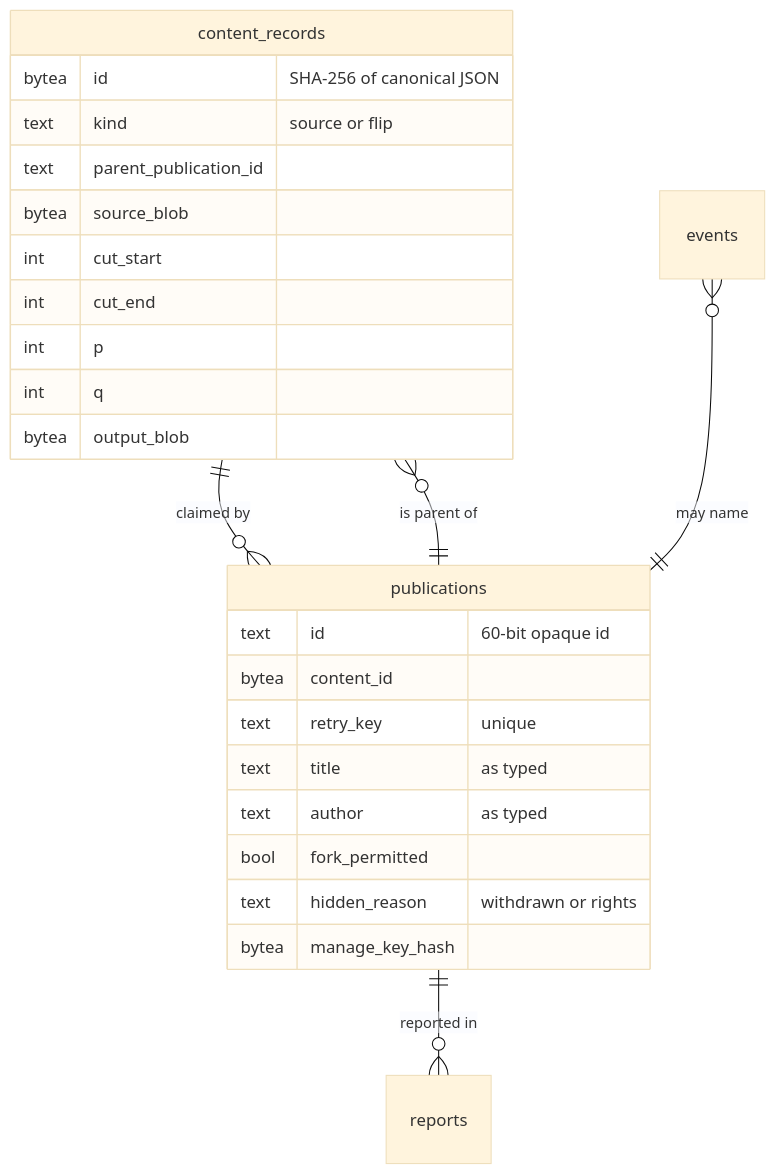
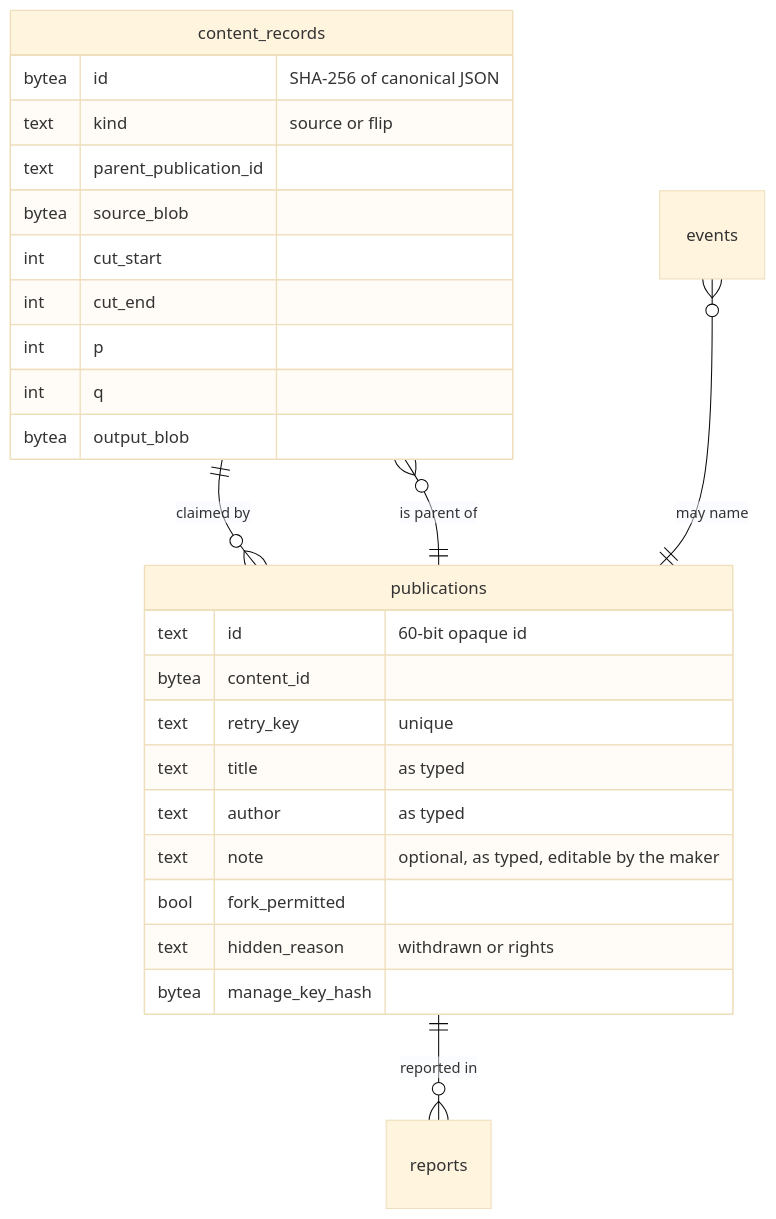
One commit to Pew-X/graft changed the third of 7 diagrams in ARCHITECTURE.md. Above: the diagram before and after it, drawn with Mermaid (base theme). The commit also changed other lines of this file and 47 other files, not shown here.

````diff
--- a/ARCHITECTURE.md
+++ b/ARCHITECTURE.md
@@ -125,28 +125,29 @@
 ```mermaid
 erDiagram
   content_records ||--o{ publications : "claimed by"
   publications ||--o{ content_records : "is parent of"
   publications ||--o{ reports : "reported in"
   events }o--|| publications : "may name"
   content_records {
     bytea id "SHA-256 of canonical JSON"
     text kind "source or flip"
     text parent_publication_id
     bytea source_blob
     int cut_start
     int cut_end
     int p
     int q
     bytea output_blob
   }
   publications {
     text id "60-bit opaque id"
     bytea content_id
     text retry_key "unique"
     text title "as typed"
     text author "as typed"
+    text note "optional, as typed, editable by the maker"
     bool fork_permitted
     text hidden_reason "withdrawn or rights"
     bytea manage_key_hash
   }
 ```
````
